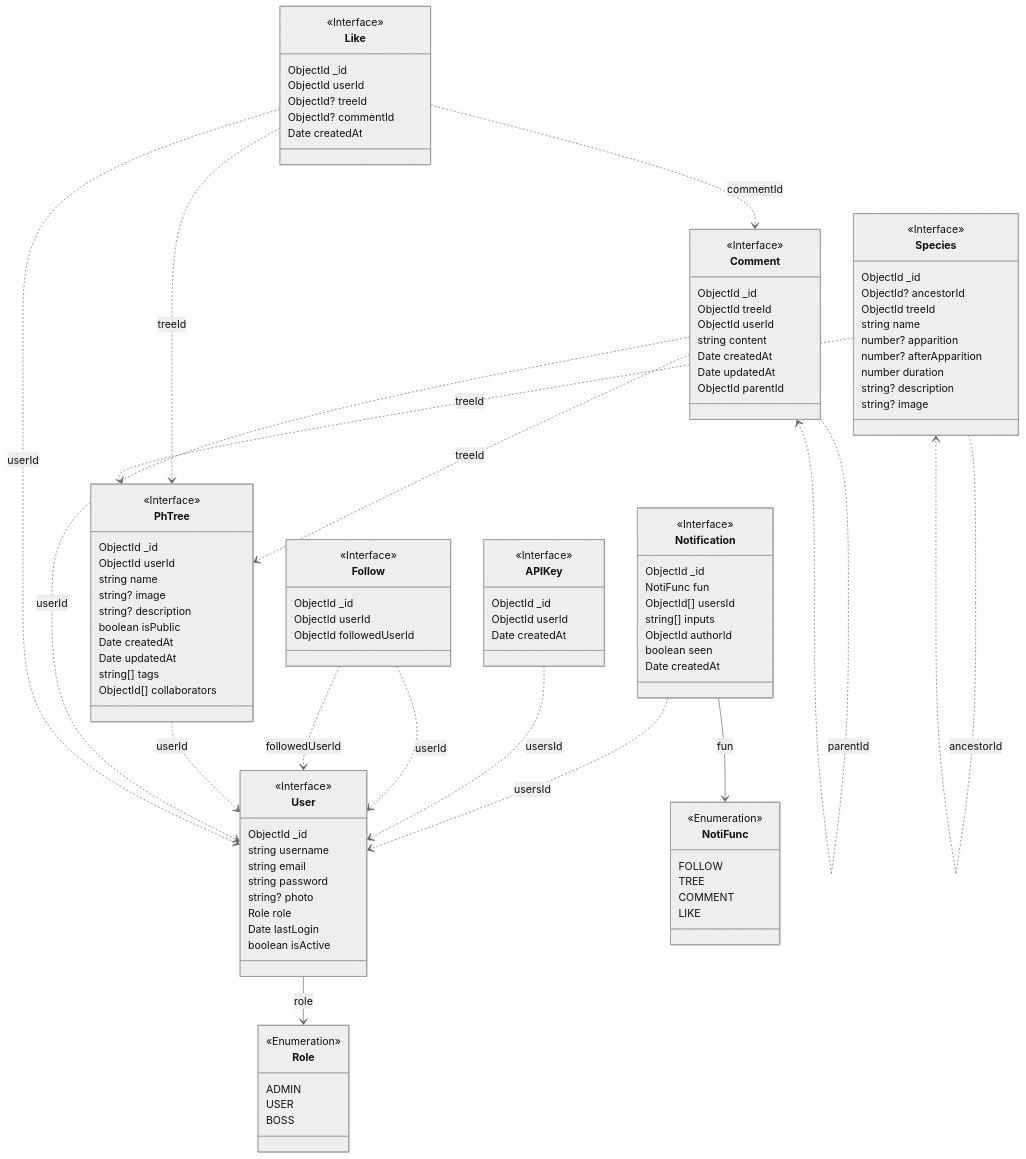
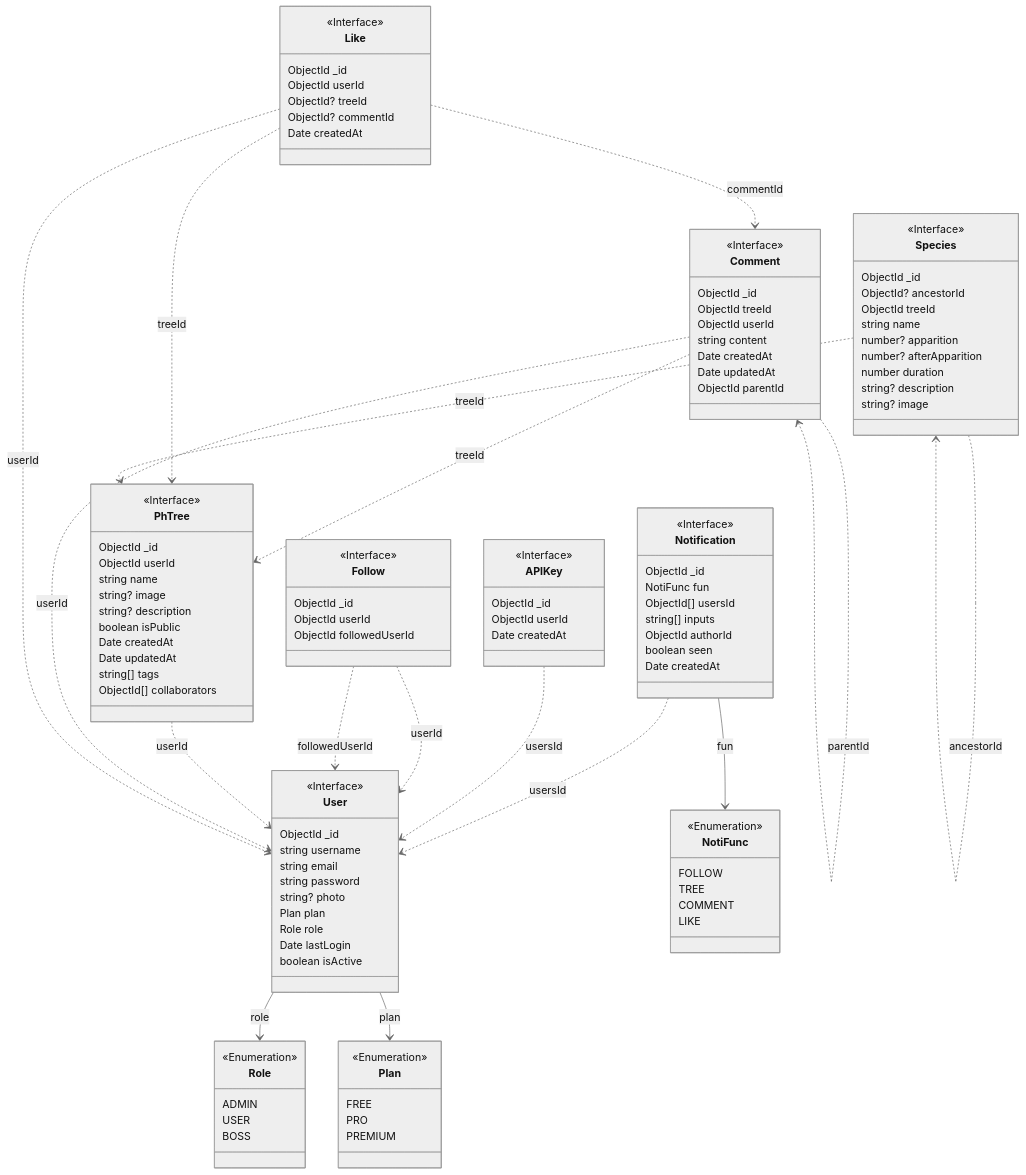
Before and after one commit to LUCHER4321/CPT-Backend: the second of 2 diagrams in README.md, drawn with Mermaid (neutral theme). The commit also changed other lines of this file, not shown here.

```diff
--- a/README.md
+++ b/README.md
@@ -116,6 +116,7 @@
     string email
     string password
     string? photo
+    Plan plan
     Role role
     Date lastLogin
     boolean isActive
@@ -125,6 +126,12 @@
     ADMIN
     USER
     BOSS
+  }
+  class Plan {
+    <<Enumeration>>
+    FREE
+    PRO
+    PREMIUM
   }
   class Notification {
     <<Interface>>
@@ -199,6 +206,7 @@
     string? image
   }
   User --> Role: role
+  User --> Plan: plan
   Notification --> NotiFunc: fun
   Notification ..> User: usersId
   APIKey ..> User: usersId
```
